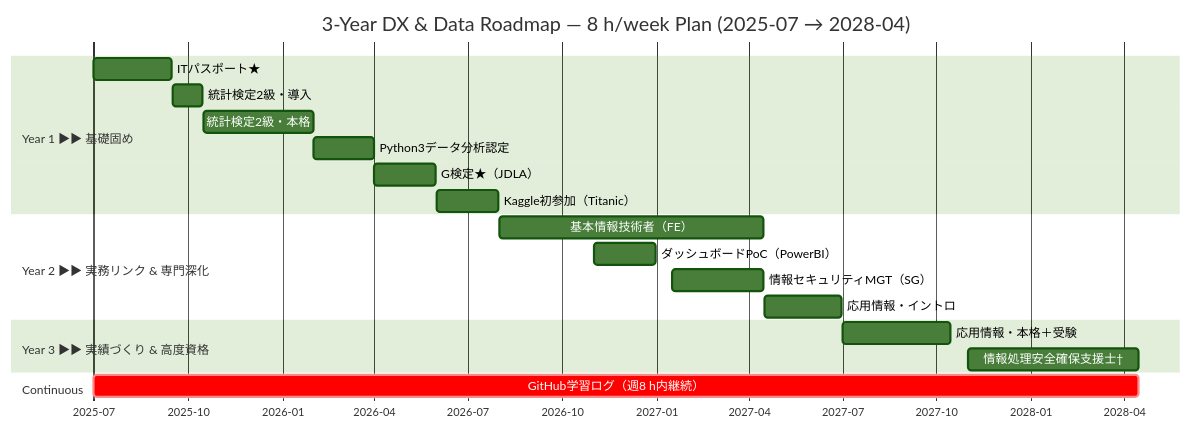
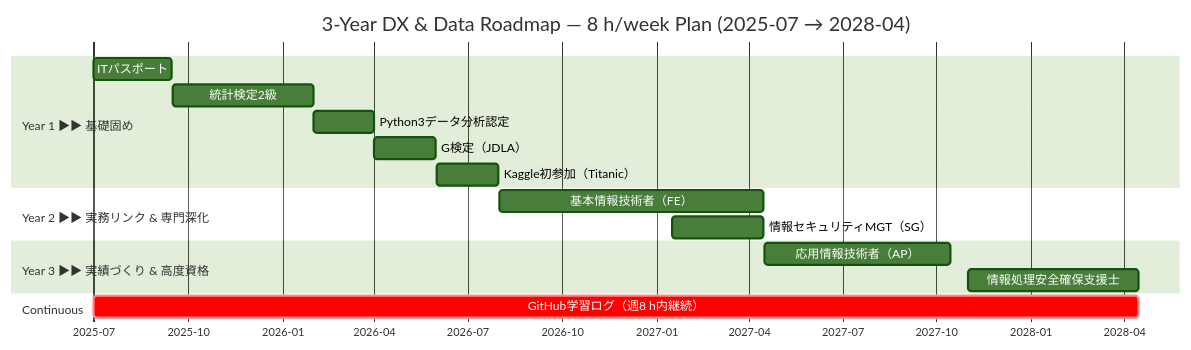
The diagram in README.md (uruc-0start/-), drawn with Mermaid (forest theme) before and after one commit.

````diff
--- a/README.md
+++ b/README.md
@@ -1,31 +1,28 @@
 ```mermaid
 gantt
   title 3-Year DX & Data Roadmap — 8 h/week Plan (2025-07 → 2028-04)
   dateFormat  YYYY-MM-DD
   axisFormat  %Y-%m
 
   %% ──────────────── Year 1 ─────────────────
   section Year 1 ▶▶ 基礎固め
-  ITパスポート★                :itp,     2025-07-01, 2025-09-15
-  統計検定2級・導入             :stat0,   2025-09-16, 2025-10-15
-  統計検定2級・本格             :stat1,   2025-10-16, 2026-01-31
+  ITパスポート                :itp,     2025-07-01, 2025-09-15
+  統計検定2級             :stat,   2025-09-16, 2026-01-31
   Python3データ分析認定         :pydac,   2026-02-01, 2026-03-31
-  G検定★（JDLA）               :gtest,   2026-04-01, 2026-05-31
+  G検定（JDLA）               :gtest,   2026-04-01, 2026-05-31
   Kaggle初参加（Titanic）       :kaggle,  2026-06-01, 2026-07-31
 
   %% ──────────────── Year 2 ─────────────────
   section Year 2 ▶▶ 実務リンク & 専門深化
   基本情報技術者（FE）          :fe,      2026-08-01, 2027-04-15
-  ダッシュボードPoC（PowerBI）  :poc,     2026-11-01, 2026-12-31
   情報セキュリティMGT（SG）     :sg,      2027-01-16, 2027-04-15
-  応用情報・イントロ            :ap0,     2027-04-16, 2027-06-30
 
   %% ──────────────── Year 3 ─────────────────
   section Year 3 ▶▶ 実績づくり & 高度資格
-  応用情報・本格＋受験          :ap1,     2027-07-01, 2027-10-15
-  情報処理安全確保支援士†       :secsp,   2027-11-01, 2028-04-15
+  応用情報技術者（AP）          :ap,     2027-04-16, 2027-10-15
+  情報処理安全確保支援士       :secsp,   2027-11-01, 2028-04-15
 
   %% ─────────────── Continuous lane ───────
   section Continuous
   GitHub学習ログ（週8 h内継続） :crit,    ghlog,   2025-07-01, 2028-04-15
 ```
````
